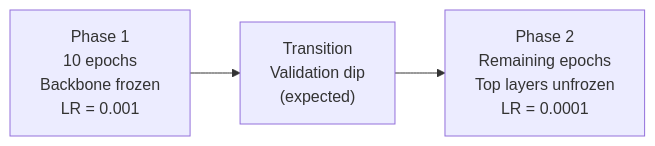
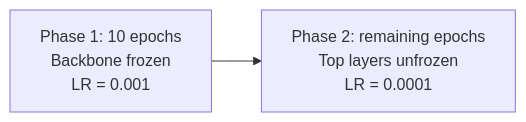
The second of 3 diagrams in research/01-cnn-comparison/README.md (omorros/SnapShelf), drawn with Mermaid before and after one commit. The commit also changed other lines of this file, not shown here.

````diff
--- a/research/01-cnn-comparison/README.md
+++ b/research/01-cnn-comparison/README.md
@@ -177,5 +91,4 @@
 ```mermaid
 flowchart LR
-    P1["Phase 1\n10 epochs\nBackbone frozen\nLR = 0.001"] --> T["Transition\nValidation dip\n(expected)"]
-    T --> P2["Phase 2\nRemaining epochs\nTop layers unfrozen\nLR = 0.0001"]
+    P1["Phase 1: 10 epochs\nBackbone frozen\nLR = 0.001"] --> P2["Phase 2: remaining epochs\nTop layers unfrozen\nLR = 0.0001"]
 ```
````
